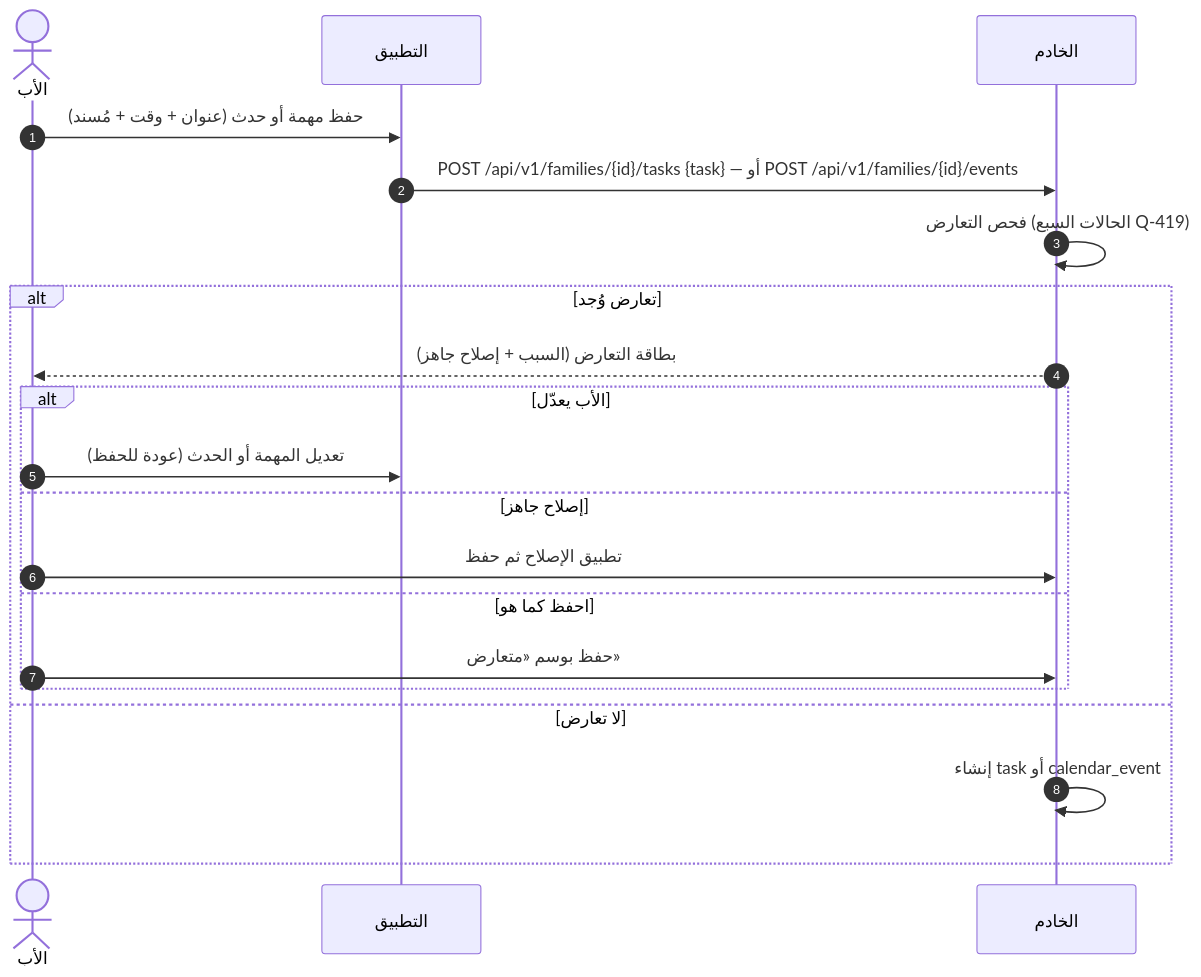
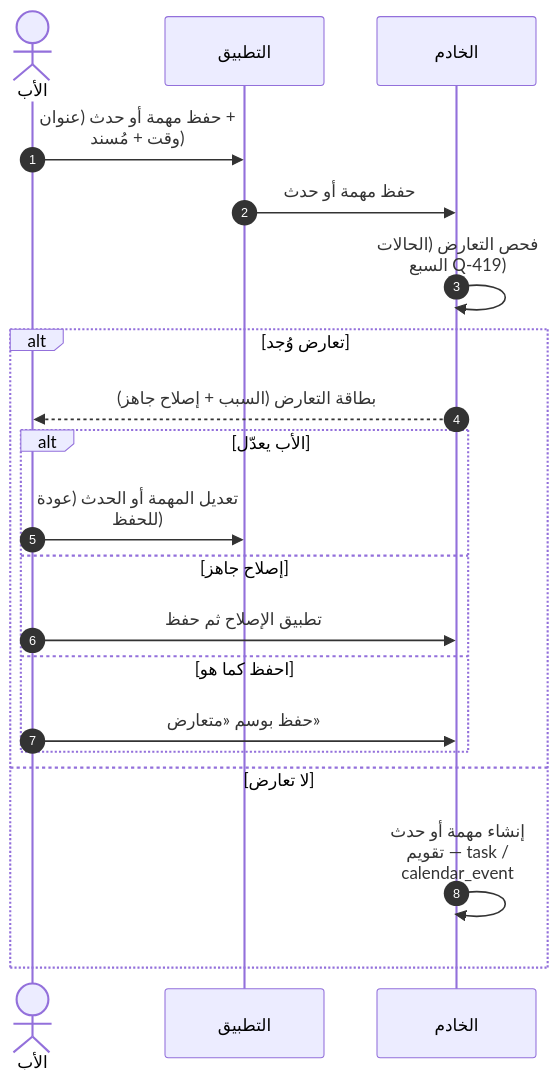
One commit to Bassam-mohammed-alqaeadi/family-os-v2 changed diagram 18 of 30 in docs/family-os/governance/phases/phase-1/S1-06-tasks-and-calendar/DIAGRAMS.md. Above: the diagram before and after it, drawn with Mermaid. The commit also changed other lines of this file, not shown here.

````diff
--- a/docs/family-os/governance/phases/phase-1/S1-06-tasks-and-calendar/DIAGRAMS.md
+++ b/docs/family-os/governance/phases/phase-1/S1-06-tasks-and-calendar/DIAGRAMS.md
@@ -560,22 +670,23 @@
 ```mermaid
+%%{init: {"sequence": {"wrap": true}}}%%
 sequenceDiagram
     autonumber
     actor Father as الأب
     participant App as التطبيق
     participant Ktor as الخادم
     Father->>App: حفظ مهمة أو حدث (عنوان + وقت + مُسند)
-    App->>Ktor: POST /api/v1/families/{id}/tasks {task} — أو POST /api/v1/families/{id}/events
+    App->>Ktor: حفظ مهمة أو حدث
     Ktor->>Ktor: فحص التعارض (الحالات السبع Q-419)
     alt تعارض وُجد
         Ktor-->>Father: بطاقة التعارض (السبب + إصلاح جاهز)
         alt الأب يعدّل
             Father->>App: تعديل المهمة أو الحدث (عودة للحفظ)
         else إصلاح جاهز
             Father->>Ktor: تطبيق الإصلاح ثم حفظ
         else احفظ كما هو
             Father->>Ktor: حفظ بوسم «متعارض»
         end
     else لا تعارض
-        Ktor->>Ktor: إنشاء task أو calendar_event
+        Ktor->>Ktor: إنشاء مهمة أو حدث تقويم — task / calendar_event
     end
 ```
````
